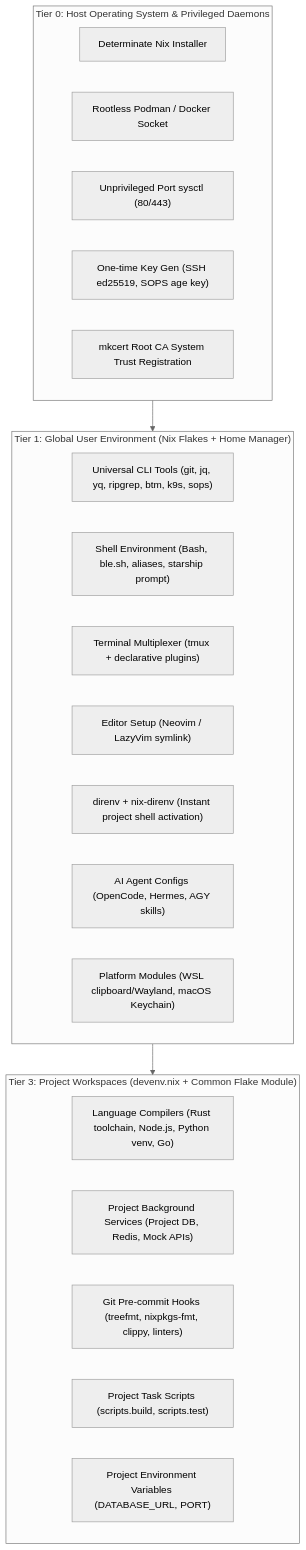
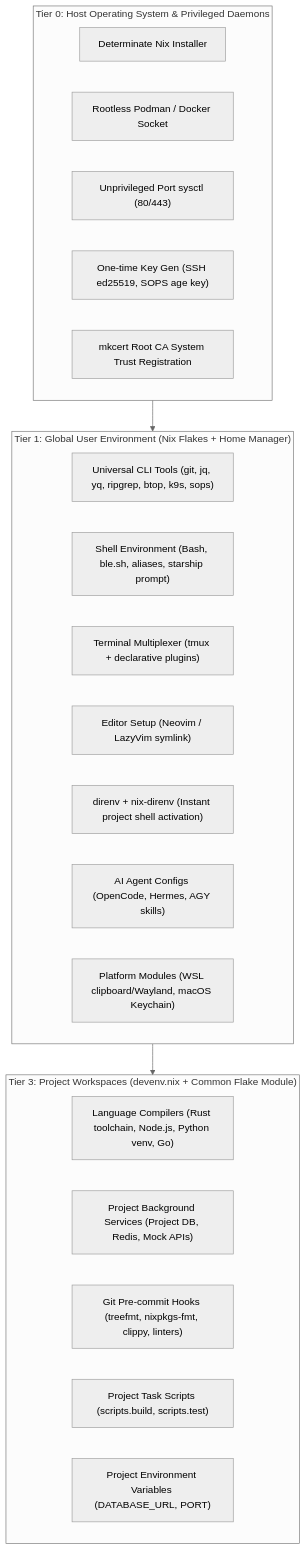
The first of 3 diagrams in convert-to-dev-env-nix-plan.md (TonyHsieh/setup-linux-scripts), drawn with Mermaid (neutral theme) before and after one commit. The commit also changed other lines of this file and 2 other files, not shown here.

Commit message:
chore(packages): replace bottom (btm) with btop across packages and docs

````diff
--- a/convert-to-dev-env-nix-plan.md
+++ b/convert-to-dev-env-nix-plan.md
@@ -31,31 +31,31 @@
 ```mermaid
 flowchart TD
     subgraph Host["Tier 0: Host Operating System & Privileged Daemons"]
         H1["Determinate Nix Installer"]
         H2["Rootless Podman / Docker Socket"]
         H3["Unprivileged Port sysctl (80/443)"]
         H4["One-time Key Gen (SSH ed25519, SOPS age key)"]
         H5["mkcert Root CA System Trust Registration"]
     end
 
     subgraph User["Tier 1: Global User Environment (Nix Flakes + Home Manager)"]
-        U1["Universal CLI Tools (git, jq, yq, ripgrep, btm, k9s, sops)"]
+        U1["Universal CLI Tools (git, jq, yq, ripgrep, btop, k9s, sops)"]
         U2["Shell Environment (Bash, ble.sh, aliases, starship prompt)"]
         U3["Terminal Multiplexer (tmux + declarative plugins)"]
         U4["Editor Setup (Neovim / LazyVim symlink)"]
         U5["direnv + nix-direnv (Instant project shell activation)"]
         U6["AI Agent Configs (OpenCode, Hermes, AGY skills)"]
         U7["Platform Modules (WSL clipboard/Wayland, macOS Keychain)"]
     end
 
     subgraph Project["Tier 3: Project Workspaces (devenv.nix + Common Flake Module)"]
         P1["Language Compilers (Rust toolchain, Node.js, Python venv, Go)"]
         P2["Project Background Services (Project DB, Redis, Mock APIs)"]
         P3["Git Pre-commit Hooks (treefmt, nixpkgs-fmt, clippy, linters)"]
         P4["Project Task Scripts (scripts.build, scripts.test)"]
         P5["Project Environment Variables (DATABASE_URL, PORT)"]
     end
 
     Host --> User
     User --> Project
 ```
````
